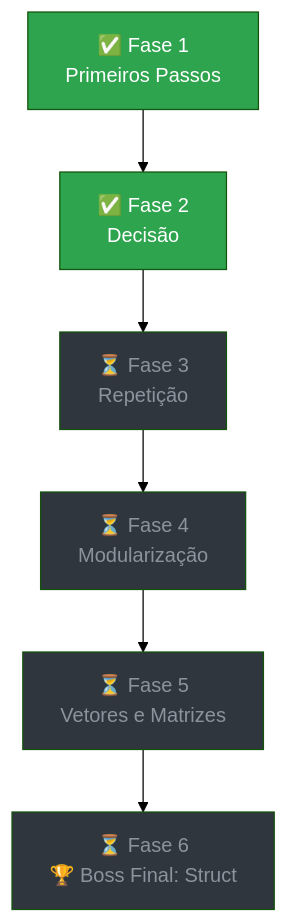
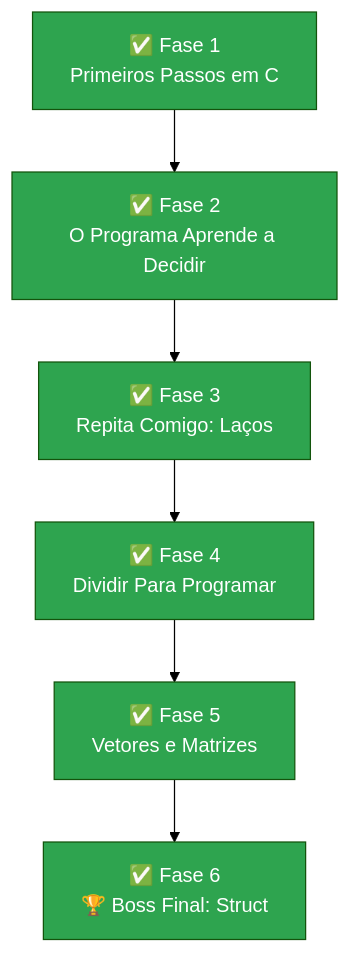
The second of 2 diagrams in Conteúdo-Teórico/README.md (RenanCaceres/Certificadora-Comum), drawn with Mermaid (forest theme) before and after one commit. The commit also changed other lines of this file and 25 other files, not shown here.

````diff
--- a/Conteúdo-Teórico/README.md
+++ b/Conteúdo-Teórico/README.md
@@ -74,15 +128,15 @@
 ```mermaid
 flowchart TD
-    F1["✅ Fase 1<br/>Primeiros Passos"] --> F2["✅ Fase 2<br/>Decisão"]
-    F2 --> F3["⏳ Fase 3<br/>Repetição"]
-    F3 --> F4["⏳ Fase 4<br/>Modularização"]
-    F4 --> F5["⏳ Fase 5<br/>Vetores e Matrizes"]
-    F5 --> F6["⏳ Fase 6<br/>🏆 Boss Final: Struct"]
+    F1["✅ Fase 1<br/>Primeiros Passos em C"] --> F2["✅ Fase 2<br/>O Programa Aprende a Decidir"]
+    F2 --> F3["✅ Fase 3<br/>Repita Comigo: Laços"]
+    F3 --> F4["✅ Fase 4<br/>Dividir Para Programar"]
+    F4 --> F5["✅ Fase 5<br/>Vetores e Matrizes"]
+    F5 --> F6["✅ Fase 6<br/>🏆 Boss Final: Struct"]
 
     style F1 fill:#2ea44f,color:#fff
     style F2 fill:#2ea44f,color:#fff
-    style F3 fill:#30363d,color:#8b949e
-    style F4 fill:#30363d,color:#8b949e
-    style F5 fill:#30363d,color:#8b949e
-    style F6 fill:#30363d,color:#8b949e
+    style F3 fill:#2ea44f,color:#fff
+    style F4 fill:#2ea44f,color:#fff
+    style F5 fill:#2ea44f,color:#fff
+    style F6 fill:#2ea44f,color:#fff
 ```
````
